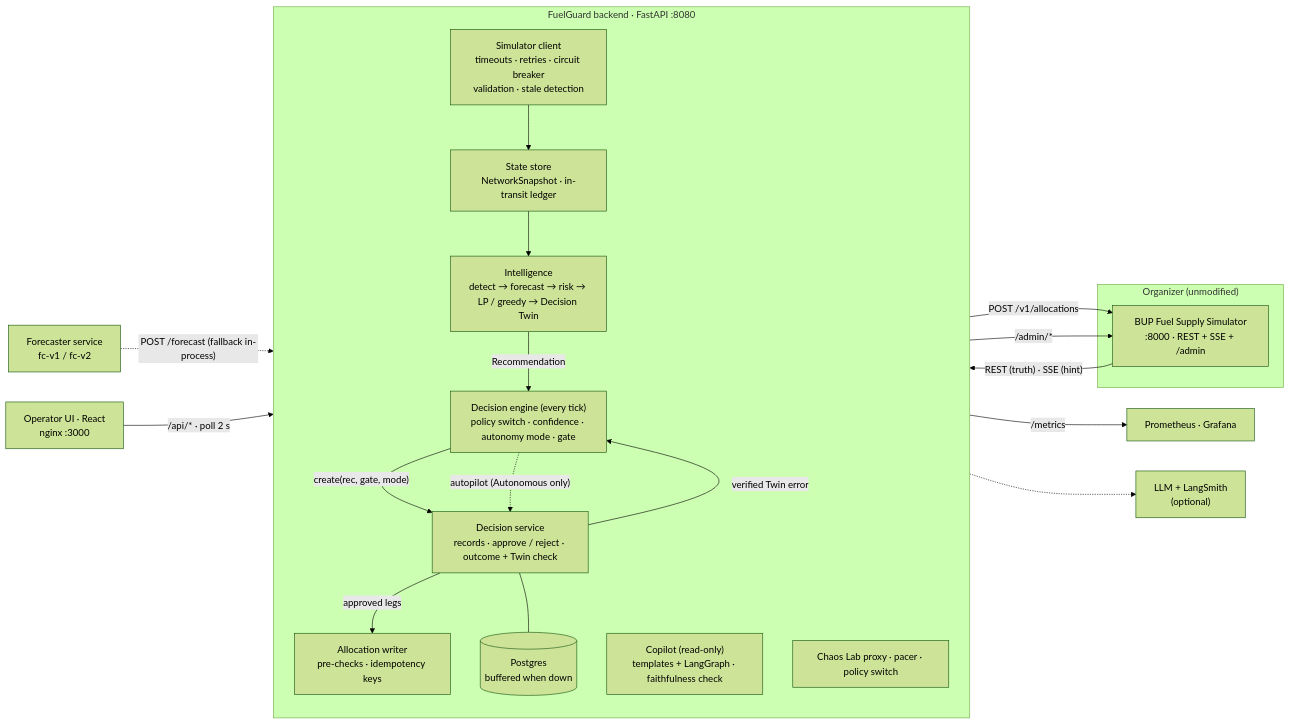
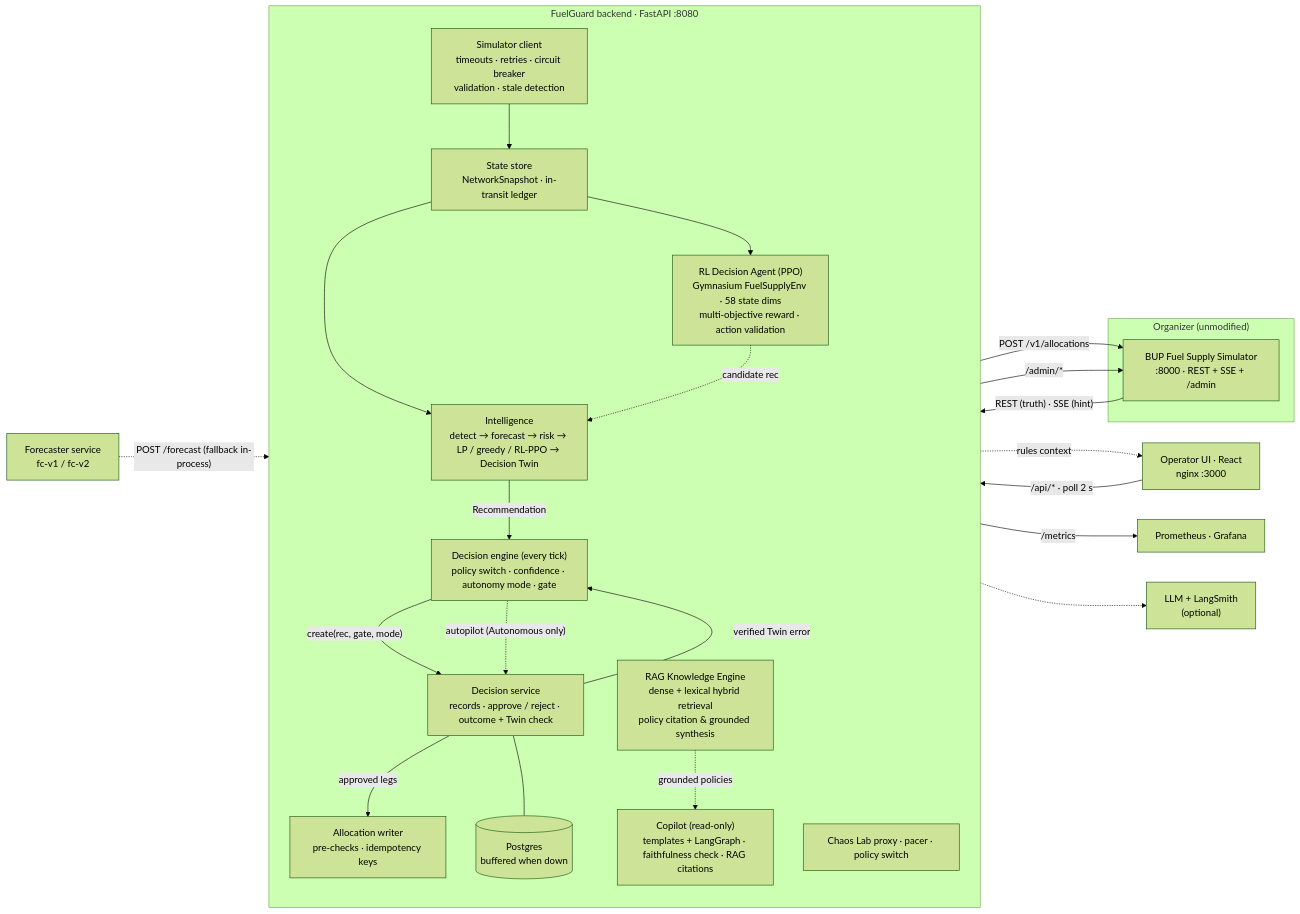
Before and after one commit to fairuz-anadi/bup_hampton: the first of 3 diagrams in docs/architecture.md, drawn with Mermaid (forest theme). The commit also changed other lines of this file and 43 other files, not shown here.

````diff
--- a/docs/architecture.md
+++ b/docs/architecture.md
@@ -10,36 +10,41 @@
 ```mermaid
 flowchart LR
   subgraph ORG["Organizer (unmodified)"]
     SIM["BUP Fuel Supply Simulator<br/>:8000 · REST + SSE + /admin"]
   end
 
   subgraph BE["FuelGuard backend · FastAPI :8080"]
     direction TB
     CLIENT["Simulator client<br/>timeouts · retries · circuit breaker<br/>validation · stale detection"]
     STATE["State store<br/>NetworkSnapshot · in-transit ledger"]
-    INTEL["Intelligence<br/>detect → forecast → risk → LP / greedy → Decision Twin"]
+    INTEL["Intelligence<br/>detect → forecast → risk → LP / greedy / RL-PPO → Decision Twin"]
+    RL["RL Decision Agent (PPO)<br/>Gymnasium FuelSupplyEnv · 58 state dims<br/>multi-objective reward · action validation"]
+    RAG["RAG Knowledge Engine<br/>dense + lexical hybrid retrieval<br/>policy citation & grounded synthesis"]
     ENGINE["Decision engine (every tick)<br/>policy switch · confidence · autonomy mode · gate"]
     DEC["Decision service<br/>records · approve / reject · outcome + Twin check"]
     WRITER["Allocation writer<br/>pre-checks · idempotency keys"]
-    EXPLAIN["Copilot (read-only)<br/>templates + LangGraph · faithfulness check"]
+    EXPLAIN["Copilot (read-only)<br/>templates + LangGraph · faithfulness check · RAG citations"]
     OPS["Chaos Lab proxy · pacer · policy switch"]
     DB[("Postgres<br/>buffered when down")]
   end
 
   FC["Forecaster service<br/>fc-v1 / fc-v2"]
   UI["Operator UI · React<br/>nginx :3000"]
   OBS["Prometheus · Grafana"]
   LLM["LLM + LangSmith<br/>(optional)"]
 
   SIM -- "REST (truth) · SSE (hint)" --> CLIENT --> STATE --> INTEL
+  STATE --> RL -. "candidate rec" .-> INTEL
   FC -. "POST /forecast (fallback in-process)" .-> INTEL
   INTEL -- Recommendation --> ENGINE -- "create(rec, gate, mode)" --> DEC
   DEC -- "approved legs" --> WRITER -- "POST /v1/allocations" --> SIM
   DEC --- DB
   DEC -- "verified Twin error" --> ENGINE
   ENGINE -. "autopilot (Autonomous only)" .-> DEC
+  RAG -. "grounded policies" .-> EXPLAIN
+  RAG -. "rules context" .-> UI
   EXPLAIN -.-> LLM
   OPS -- "/admin/*" --> SIM
   UI -- "/api/* · poll 2 s" --> BE
   BE -- "/metrics" --> OBS
 ```
````
